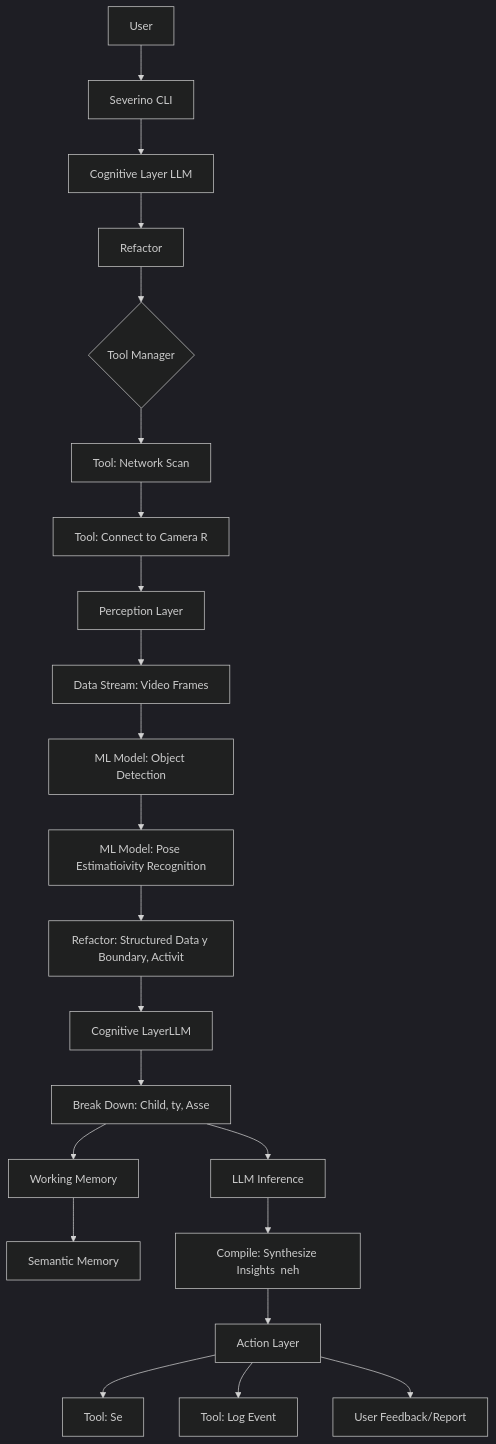
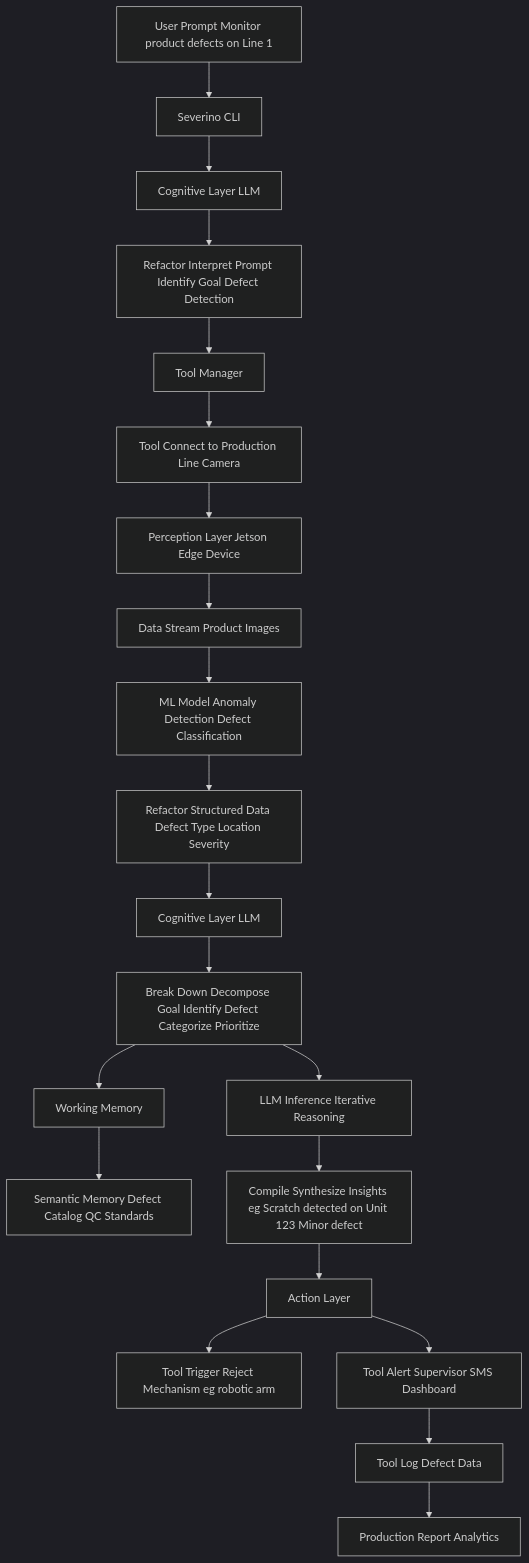
The second of 2 diagrams in README.md (rdltechworks/severino-edge), drawn with Mermaid (dark theme) before and after one commit.

````diff
--- a/README.md
+++ b/README.md
@@ -38,26 +38,27 @@
 ```mermaid
 ---
 config:
   layout: fixed
 ---
 flowchart TD
-    A["User"] --> B["Severino CLI"]
+    A["User Prompt Monitor product defects on Line 1"] --> B["Severino CLI"]
     B --> C["Cognitive Layer LLM"]
-    C --> C1["Refactor"]
-    C1 --> D{"Tool Manager"}
-    D --> D1["Tool: Network Scan"]
-    D1 --> D2["Tool: Connect to Camera R"]
-    D2 --> E["Perception Layer"]
-    E --> E1["Data Stream: Video Frames"]
-    E1 --> E2["ML Model: Object Detection"]
-    E2 --> E3["ML Model: Pose Estimatioivity Recognition"]
-    E3 --> F["Refactor: Structured Data y Boundary, Activit"]
-    F --> G["Cognitive LayerLLM"]
-    G --> G1["Break Down:  Child, ty, Asse"]
-    G1 --> H["Working Memory"] & J["LLM Inference"]
-    H --> I["Semantic Memory"]
-    J --> K["Compile: Synthesize Insights  neh"]
+    C --> C1["Refactor Interpret Prompt Identify Goal Defect Detection"]
+    C1 --> D["Tool Manager"]
+    D --> D1["Tool Connect to Production Line Camera"]
+    D1 --> E["Perception Layer Jetson Edge Device"]
+    E --> E1["Data Stream Product Images"]
+    E1 --> E2["ML Model Anomaly Detection Defect Classification"]
+    E2 --> F["Refactor Structured Data Defect Type Location Severity"]
+    F --> G["Cognitive Layer LLM"]
+    G --> G1["Break Down Decompose Goal Identify Defect Categorize Prioritize"]
+    G1 --> H["Working Memory"] & J["LLM Inference Iterative Reasoning"]
+    H --> I["Semantic Memory Defect Catalog QC Standards"]
+    J --> K["Compile Synthesize Insights eg Scratch detected on Unit 123 Minor defect"]
     K --> L["Action Layer"]
-    L --> L1["Tool: Se"] & L2["Tool: Log Event"] & M["User Feedback/Report"]
+    L --> L1["Tool Trigger Reject Mechanism eg robotic arm"] & L2["Tool Alert Supervisor SMS Dashboard"]
+    L2 --> L3["Tool Log Defect Data"]
+    L3 --> M["Production Report Analytics"]
+
 
 ```
````
